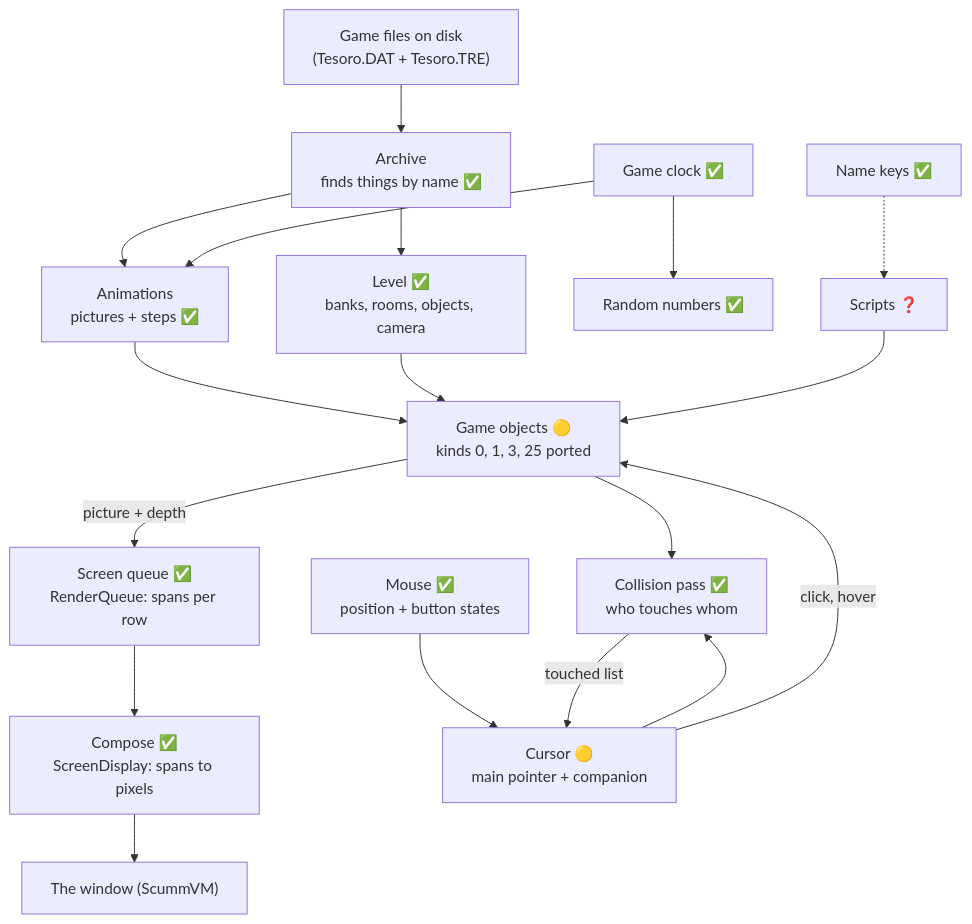
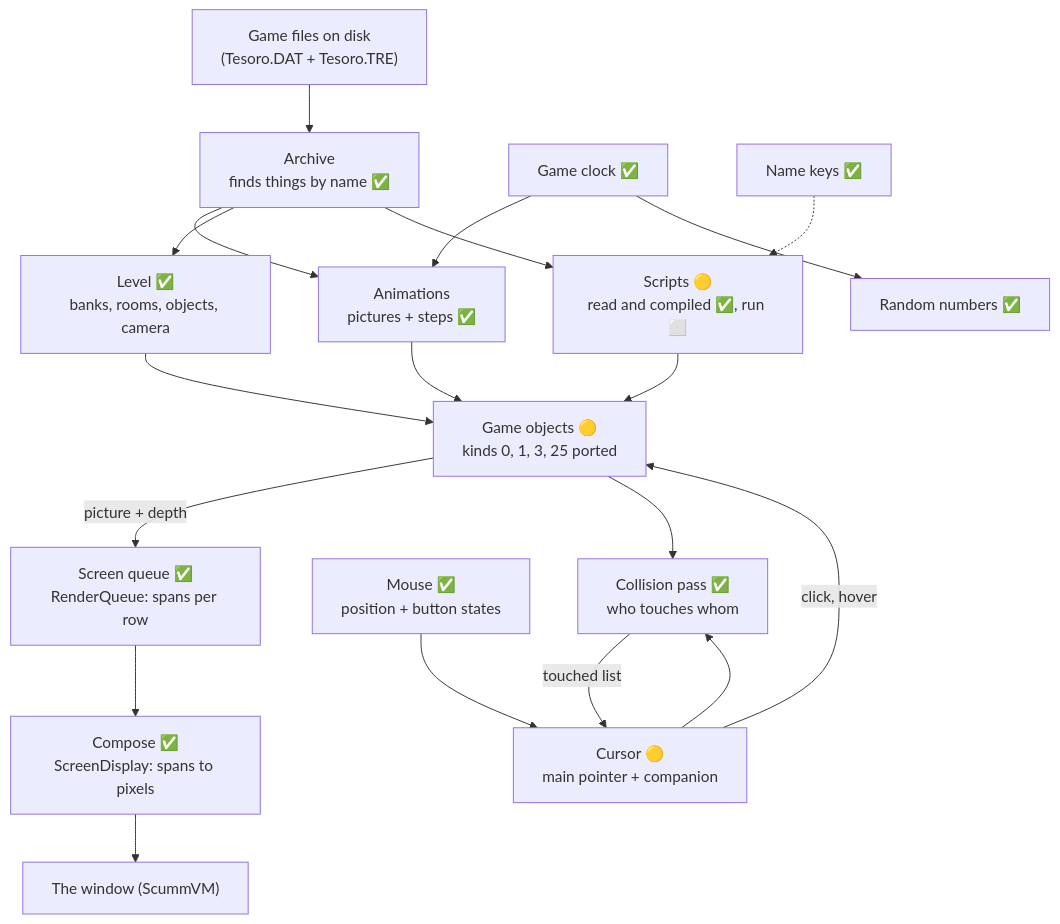
The first of 8 diagrams in re/SUBSYSTEMS.md (kelmer44/tesoro-stuff), drawn with Mermaid before and after one commit. The commit also changed other lines of this file and 26 other files, not shown here.

````diff
--- a/re/SUBSYSTEMS.md
+++ b/re/SUBSYSTEMS.md
@@ -17,20 +17,21 @@
 ```mermaid
 flowchart TD
     Disk["Game files on disk<br/>(Tesoro.DAT + Tesoro.TRE)"] --> Archive["Archive<br/>finds things by name ✅"]
     Archive --> Anim["Animations<br/>pictures + steps ✅"]
     Archive --> Level["Level ✅<br/>banks, rooms, objects, camera"]
     Clock["Game clock ✅"] --> Anim
     Anim --> Objects["Game objects 🟡<br/>kinds 0, 1, 3, 25 ported"]
     Level --> Objects
     Objects -->|"picture + depth"| Queue["Screen queue ✅<br/>RenderQueue: spans per row"]
     Queue --> Compose["Compose ✅<br/>ScreenDisplay: spans to pixels"]
     Compose --> Window["The window (ScummVM)"]
     Mouse["Mouse ✅<br/>position + button states"] --> Cursor["Cursor 🟡<br/>main pointer + companion"]
     Cursor --> Collide["Collision pass ✅<br/>who touches whom"]
     Objects --> Collide
     Collide -->|"touched list"| Cursor
     Cursor -->|"click, hover"| Objects
     Clock --> Random["Random numbers ✅"]
-    Names["Name keys ✅"] -.-> Scripts["Scripts ❓"]
+    Names["Name keys ✅"] -.-> Scripts["Scripts 🟡<br/>read and compiled ✅, run ⬜"]
+    Archive --> Scripts
     Scripts --> Objects
 ```
````
